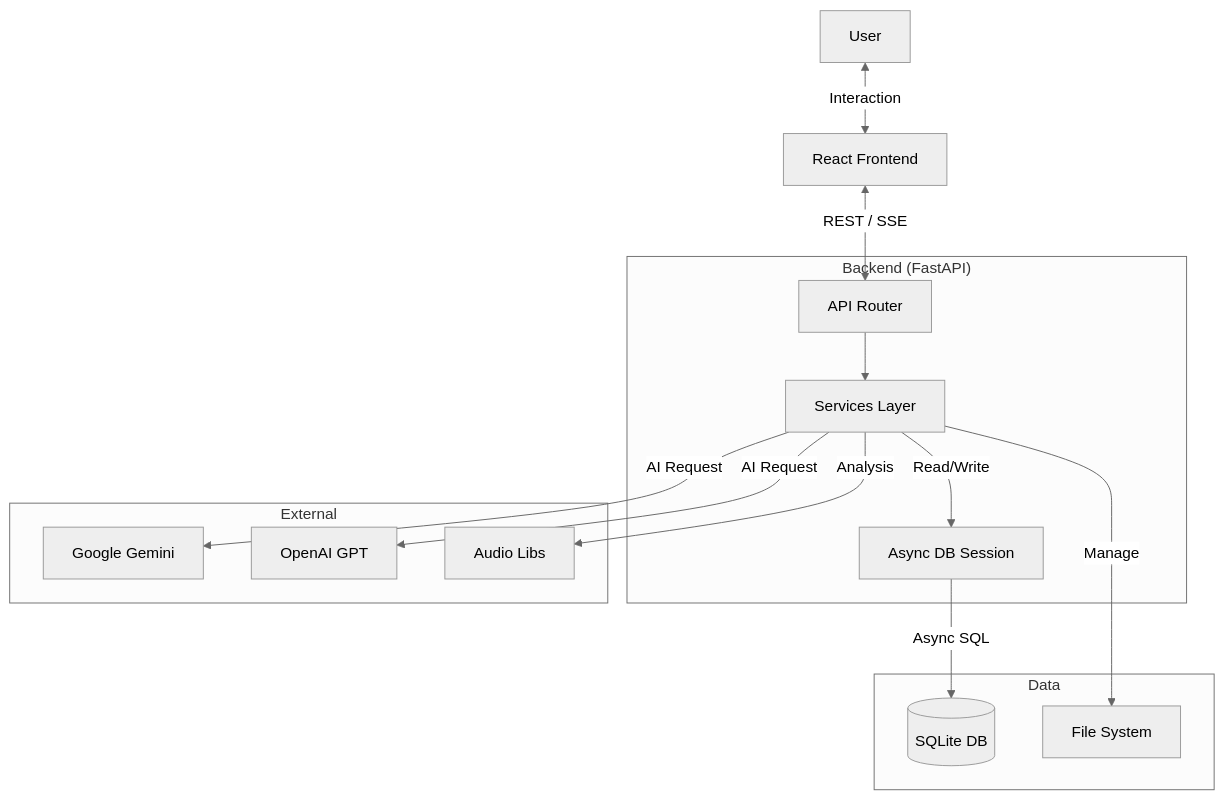
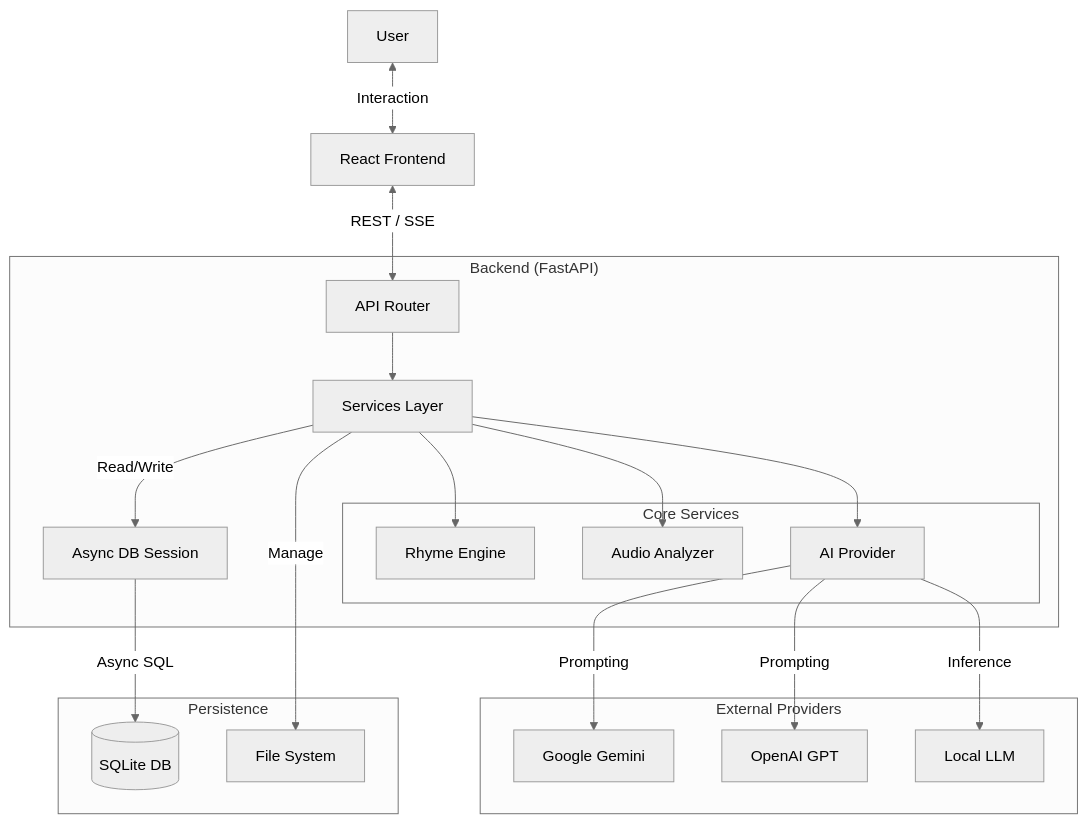
The diagram in README.md (ChiragNSundar/VibeLyrics), drawn with Mermaid (neutral theme) before and after one commit. The commit also changed other lines of this file and 1 other file, not shown here.

````diff
--- a/README.md
+++ b/README.md
@@ -76,33 +76,44 @@
 ```mermaid
 graph TD
     Client[React Frontend]
     User[User]
     
     subgraph "Backend (FastAPI)"
         API[API Router]
         Services[Services Layer]
         DB_Layer[Async DB Session]
+        
+        subgraph "Core Services"
+            Rhyme[Rhyme Engine]
+            Audio[Audio Analyzer]
+            AI_Service[AI Provider]
+        end
     end
     
-    subgraph "External"
+    subgraph "External Providers"
         Gemini[Google Gemini]
         OpenAI[OpenAI GPT]
-        Ext_Audio[Audio Libs]
+        LMStudio[Local LLM]
     end
     
-    subgraph "Data"
+    subgraph "Persistence"
         SQLite[(SQLite DB)]
         Files[File System]
     end
 
     User <-->|Interaction| Client
     Client <-->|REST / SSE| API
     
     API --> Services
-    Services -->|AI Request| Gemini & OpenAI
-    Services -->|Analysis| Ext_Audio
+    Services --> Rhyme
+    Services --> Audio
+    Services --> AI_Service
+    
+    AI_Service -->|Prompting| Gemini
+    AI_Service -->|Prompting| OpenAI
+    AI_Service -->|Inference| LMStudio
+    
     Services -->|Read/Write| DB_Layer
-    
     DB_Layer -->|Async SQL| SQLite
     Services -->|Manage| Files
 ```
````
